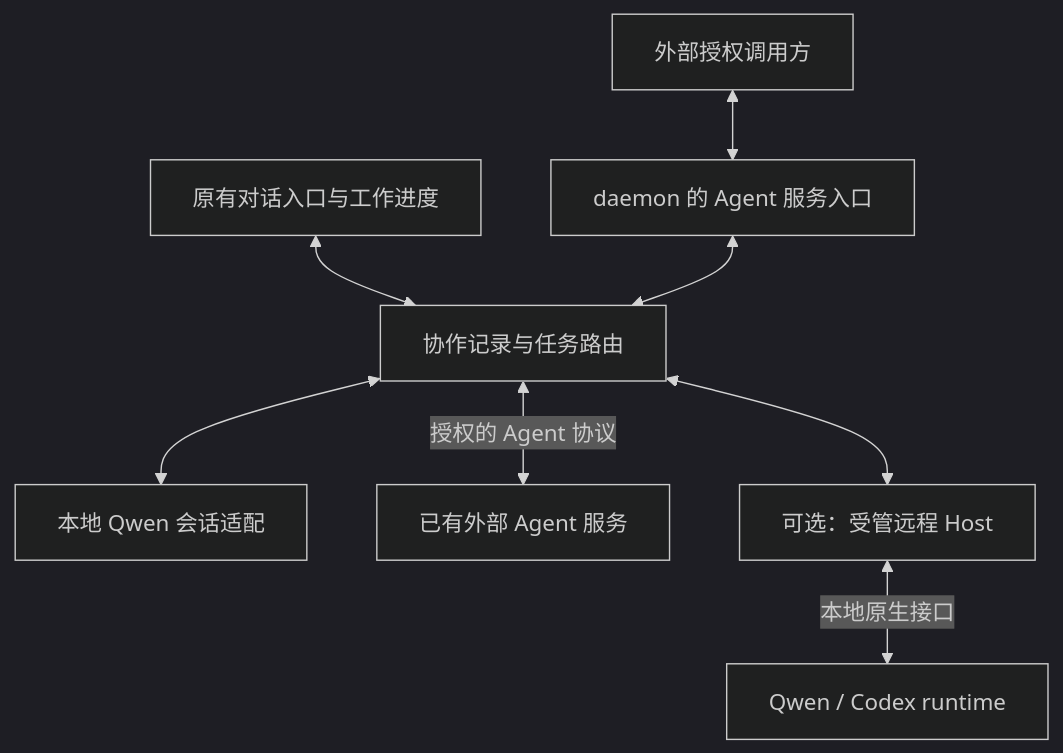
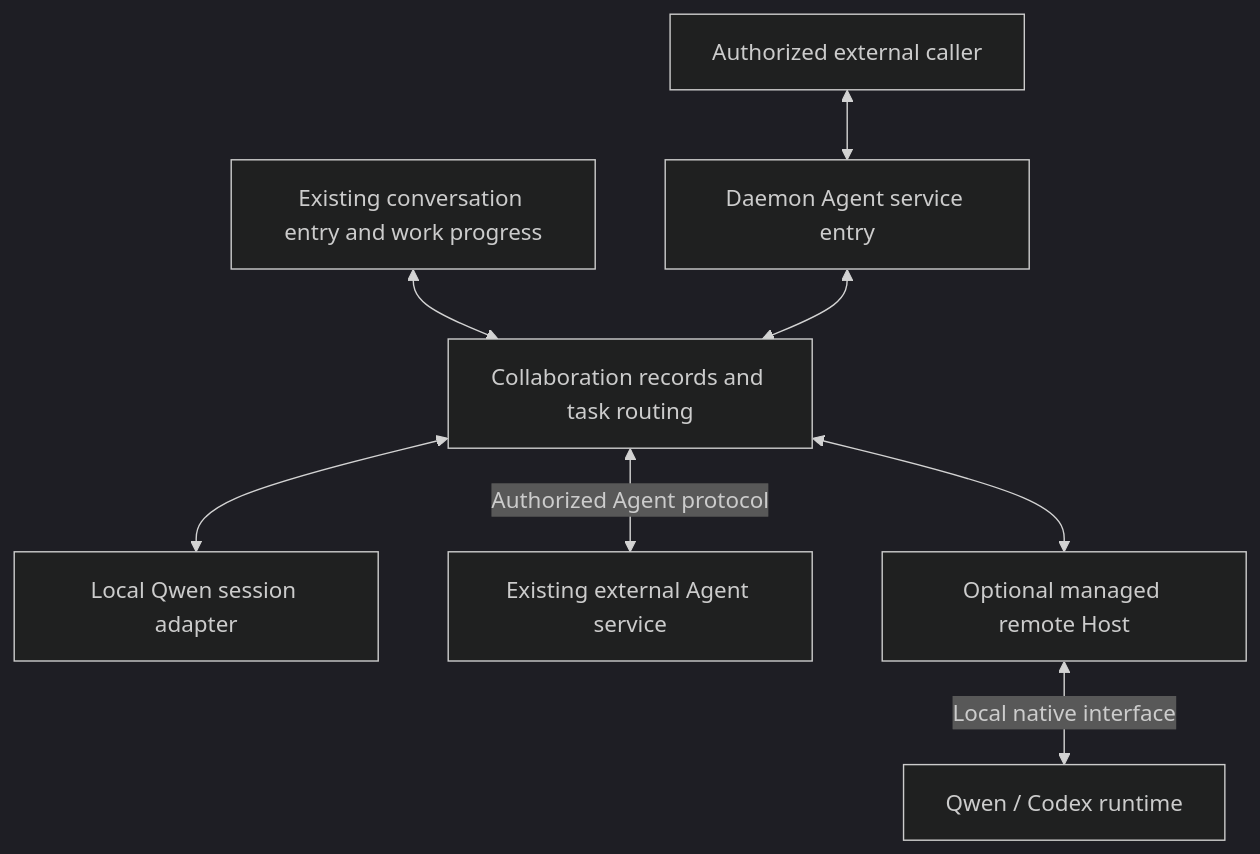
The diagram in docs/design/2026-09-09-agent-service-collaboration.md (QwenLM/qwen-code), drawn with Mermaid (dark theme) before and after one commit. The commit also changed other lines of this file and 3 other files, not shown here.

````diff
--- a/docs/design/2026-09-09-agent-service-collaboration.md
+++ b/docs/design/2026-09-09-agent-service-collaboration.md
@@ -48,10 +50,10 @@
 ```mermaid
 flowchart TB
-    U[原有对话入口与工作进度] <--> C[协作记录与任务路由]
-    C <--> L[本地 Qwen 会话适配]
-    C <-->|授权的 Agent 协议| E[已有外部 Agent 服务]
-    C <--> H[可选：受管远程 Host]
-    H <-->|本地原生接口| R[Qwen / Codex runtime]
-    X[外部授权调用方] <--> I[daemon 的 Agent 服务入口]
+    U[Existing conversation entry and work progress] <--> C[Collaboration records and task routing]
+    C <--> L[Local Qwen session adapter]
+    C <-->|Authorized Agent protocol| E[Existing external Agent service]
+    C <--> H[Optional managed remote Host]
+    H <-->|Local native interface| R[Qwen / Codex runtime]
+    X[Authorized external caller] <--> I[Daemon Agent service entry]
     I <--> C
 ```
````
